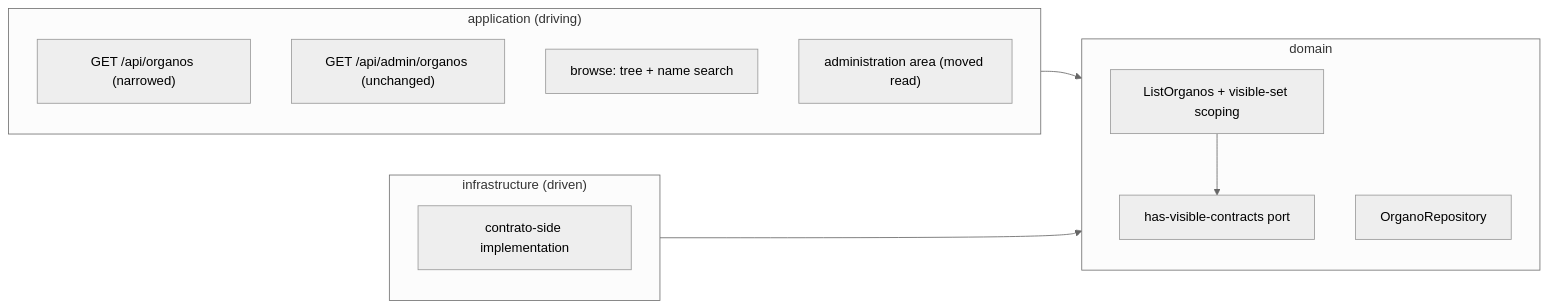
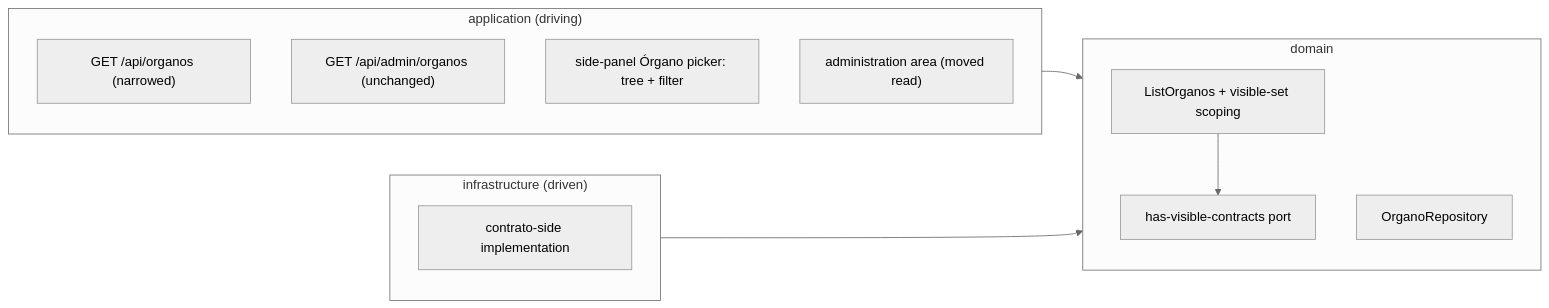
Before and after one commit to earelin/conxugal: the diagram in docs/features/FEAT-0012-organos-visible-set-and-browse/README.md, drawn with Mermaid (neutral theme). The commit also changed other lines of this file and 1 other file, not shown here.

````diff
--- a/docs/features/FEAT-0012-organos-visible-set-and-browse/README.md
+++ b/docs/features/FEAT-0012-organos-visible-set-and-browse/README.md
@@ -91,20 +96,20 @@
 ```mermaid
 flowchart LR
     subgraph application["application (driving)"]
         organosApi["GET /api/organos (narrowed)"]
         adminApi["GET /api/admin/organos (unchanged)"]
-        browseUi["browse: tree + name search"]
+        pickerUi["side-panel Órgano picker: tree + filter"]
         adminUi["administration area (moved read)"]
     end
     subgraph domain["domain"]
         listUc["ListOrganos + visible-set scoping"]
         visiblePort["has-visible-contracts port"]
         organoRepo["OrganoRepository"]
     end
     subgraph infrastructure["infrastructure (driven)"]
         contratoAdapter["contrato-side implementation"]
     end
     application --> domain
     infrastructure --> domain
     listUc --> visiblePort
 ```
````
